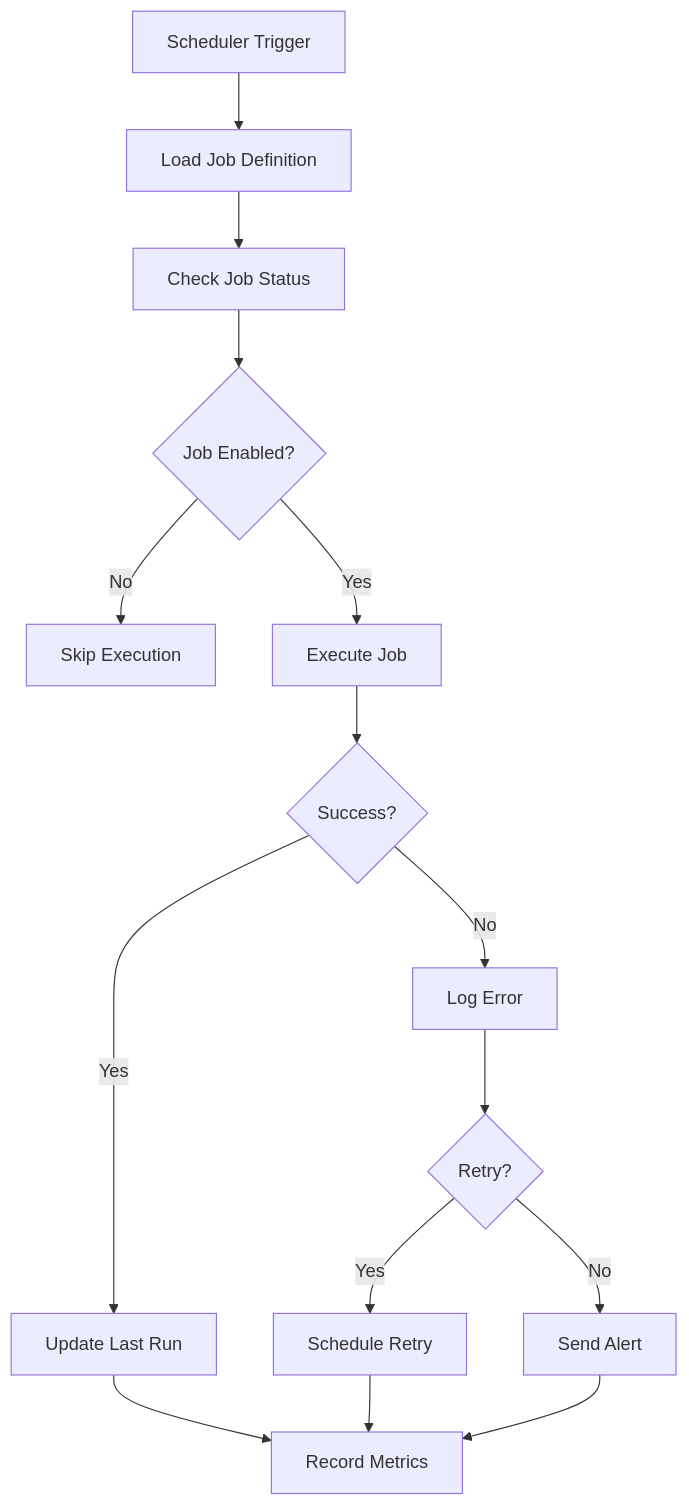
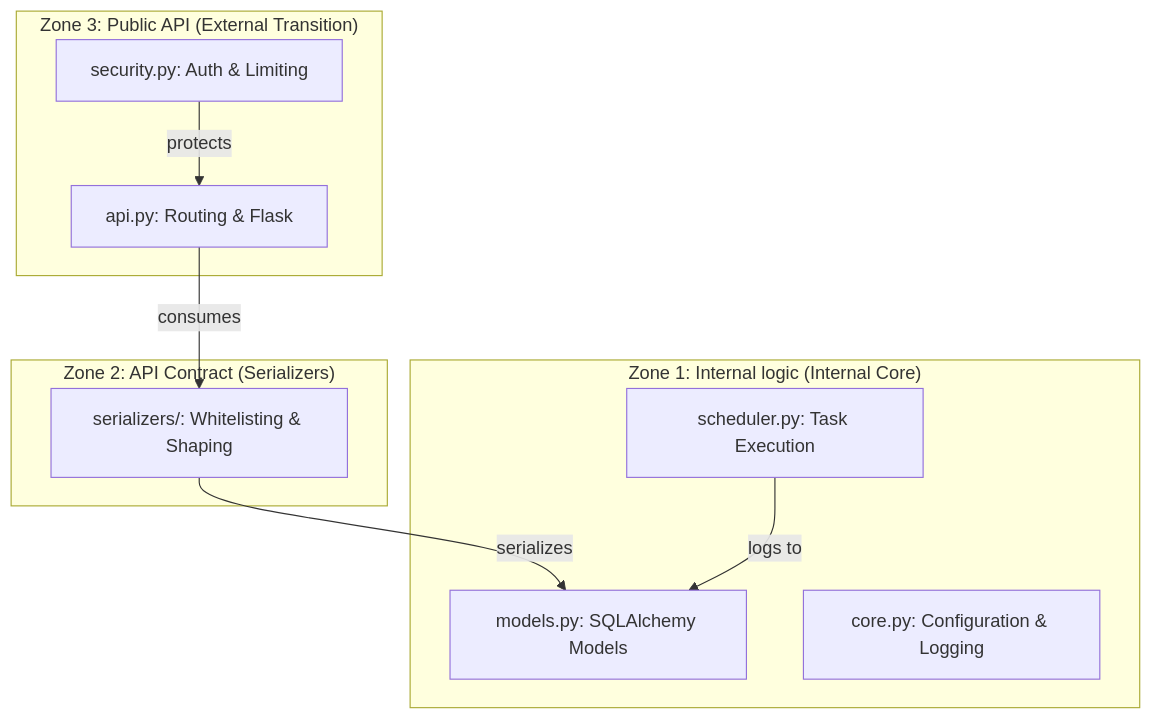
Before and after one commit to orenyalphy256-glitch/op-alpha-systems-automation: the diagram in docs/ARCHITECTURE.md, drawn with Mermaid. The commit also changed other lines of this file and 7 other files, not shown here.

````diff
--- a/docs/ARCHITECTURE.md
+++ b/docs/ARCHITECTURE.md
@@ -240,17 +52,22 @@
 ```mermaid
 graph TD
-    A[Scheduler Trigger] --> B[Load Job Definition]
-    B --> C[Check Job Status]
-    C --> D{Job Enabled?}
-    D -->|No| E[Skip Execution]
-    D -->|Yes| F[Execute Job]
-    F --> G{Success?}
-    G -->|Yes| H[Update Last Run]
-    G -->|No| I[Log Error]
-    I --> J{Retry?}
-    J -->|Yes| K[Schedule Retry]
-    J -->|No| L[Send Alert]
-    H --> M[Record Metrics]
-    K --> M
-    L --> M
+    subgraph "Zone 3: Public API (External Transition)"
+        A[api.py: Routing & Flask]
+        B[security.py: Auth & Limiting]
+    end
+
+    subgraph "Zone 2: API Contract (Serializers)"
+        C[serializers/: Whitelisting & Shaping]
+    end
+
+    subgraph "Zone 1: Internal logic (Internal Core)"
+        D[models.py: SQLAlchemy Models]
+        E[core.py: Configuration & Logging]
+        F[scheduler.py: Task Execution]
+    end
+
+    A -->|consumes| C
+    C -->|serializes| D
+    B -->|protects| A
+    F -->|logs to| D
 ```
````
